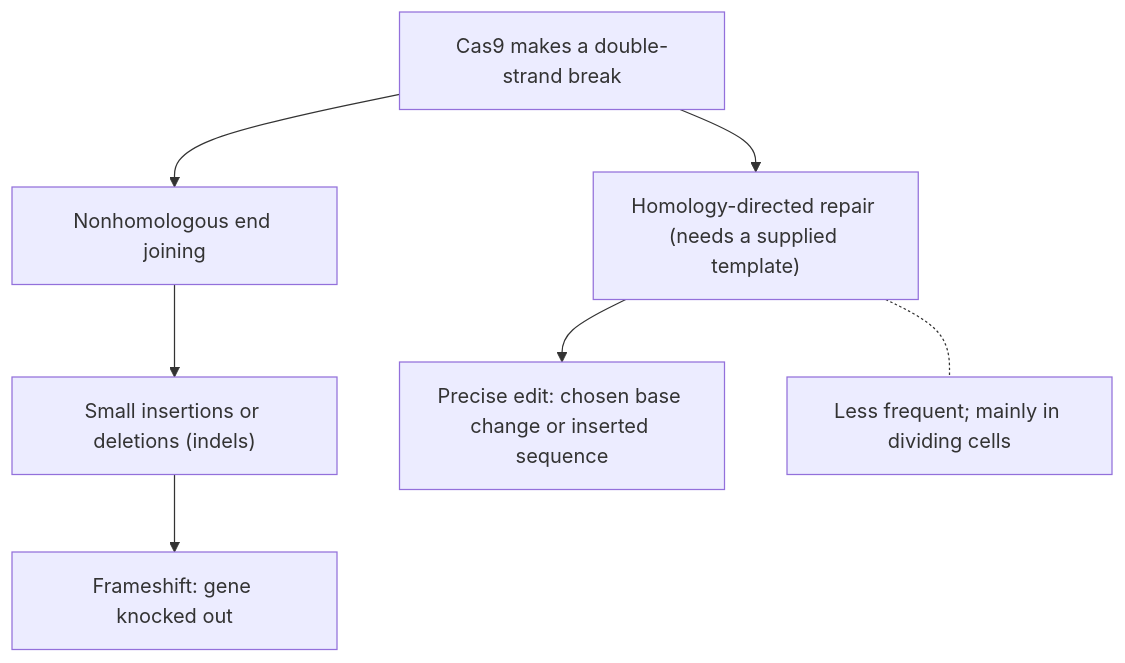
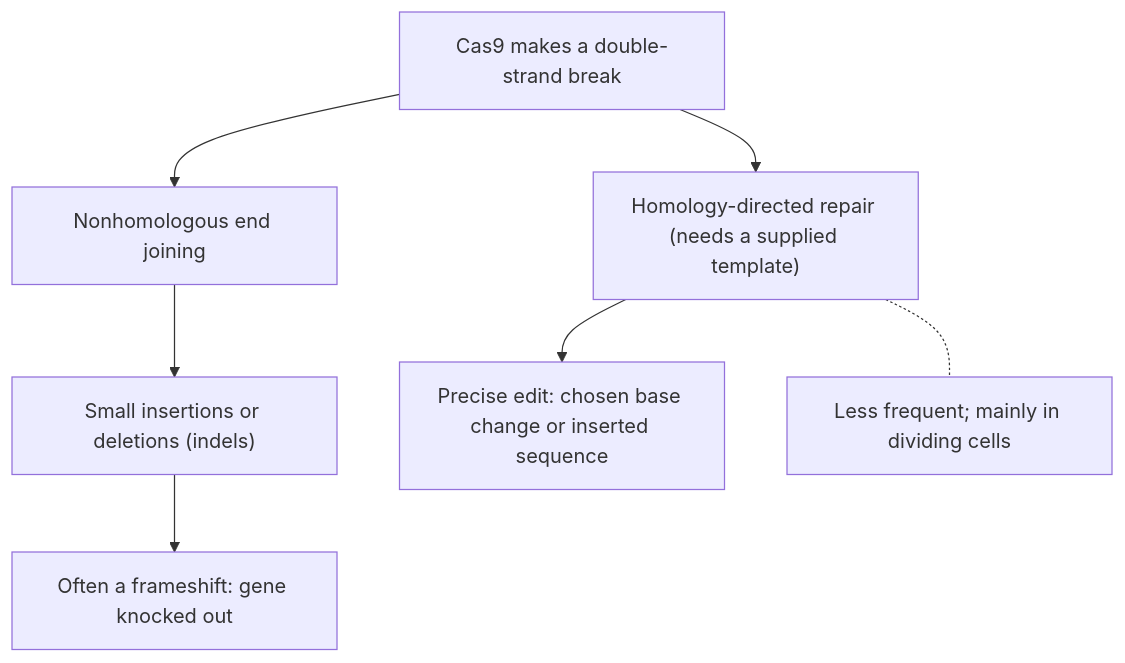
The diagram in content/math/biology/lessons/25h2-genomics.md (Aziliz/erudior), drawn with Mermaid before and after one commit. The commit also changed 4 other files, not shown here.

````diff
--- a/content/math/biology/lessons/25h2-genomics.md
+++ b/content/math/biology/lessons/25h2-genomics.md
@@ -81,11 +81,11 @@
 ```mermaid
 flowchart TD
   accTitle: What happens after Cas9 cuts DNA
   accDescr: Cas9 makes a double-strand break. The cell repairs it in one of two main ways. Nonhomologous end joining glues the ends back together, often adding or deleting a few bases. Such small insertions or deletions in a coding region usually cause a frameshift that knocks out the gene. If a repair template with matching ends is supplied, homology-directed repair can sometimes copy it, giving a precise edit such as a chosen base change or an inserted sequence. Homology-directed repair is less frequent and works mainly in dividing cells.
   C[Cas9 makes a double-strand break] --> N[Nonhomologous end joining]
   C --> H["Homology-directed repair (needs a supplied template)"]
   N --> I["Small insertions or deletions (indels)"]
-  I --> K[Frameshift: gene knocked out]
+  I --> K["Often a frameshift: gene knocked out"]
   H --> E["Precise edit: chosen base change or inserted sequence"]
   H -.- L[Less frequent; mainly in dividing cells]
 ```
````
